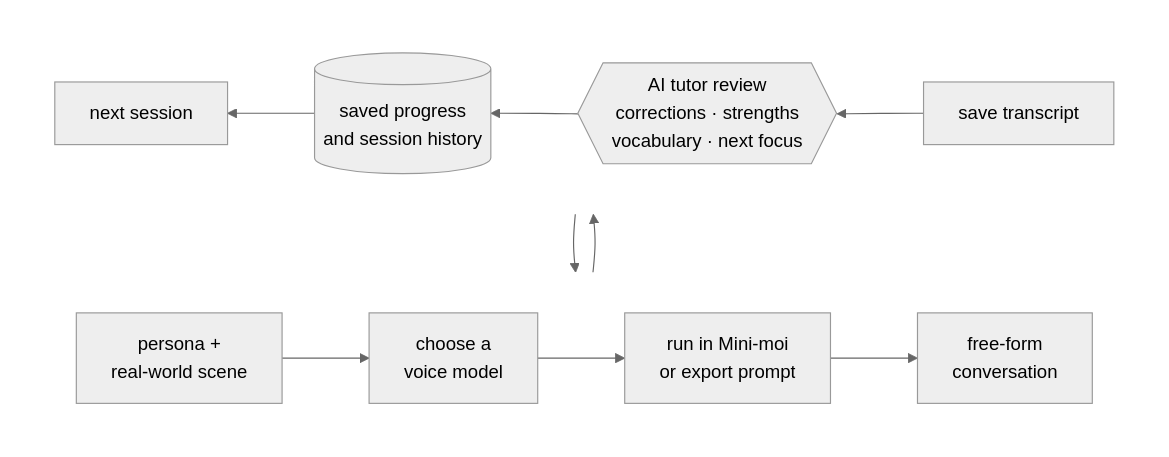
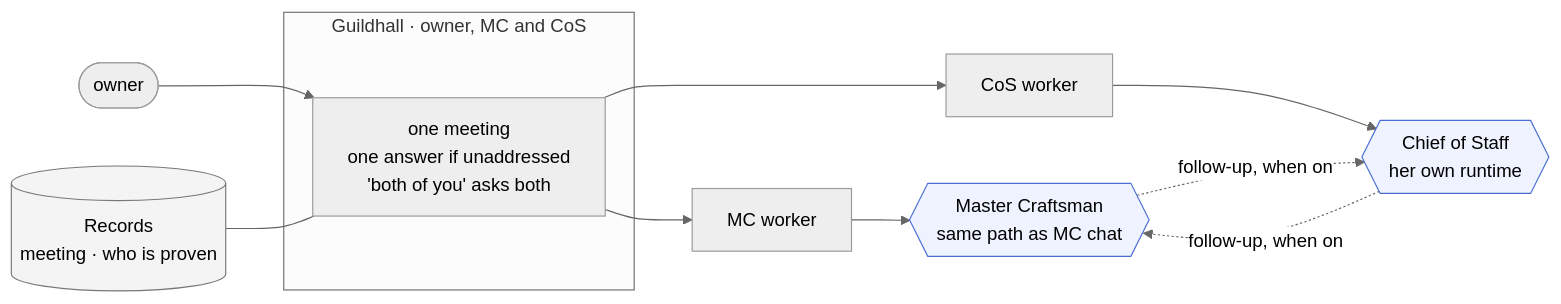
One commit to robertvanstedum/personal-ai-agents changed the eighth of 13 diagrams in ARCHITECTURE.md. Above: the diagram before and after it, drawn with Mermaid (neutral theme). The commit also changed other lines of this file and 9 other files, not shown here.

First line of the commit message:
Key docs for mini-moi 1.2 beta: README, ARCHITECTURE and a terms appendix

````diff
--- a/ARCHITECTURE.md
+++ b/ARCHITECTURE.md
@@ -418,22 +918,16 @@
 ```mermaid
-flowchart TB
-    subgraph TOP[" "]
-        direction LR
-        A[persona +<br/>real-world scene] --> B[choose a<br/>voice model]
-        B --> C[run in Mini-moi<br/>or export prompt]
-        C --> D[free-form<br/>conversation]
+flowchart LR
+    O([owner]) --> R
+    subgraph ROOM [Guildhall · owner, MC and CoS]
+        R[one meeting<br/>one answer if unaddressed<br/>'both of you' asks both]
     end
-
-    subgraph BOTTOM[" "]
-        direction RL
-        E[save transcript] --> F{{AI tutor review<br/>corrections · strengths<br/>vocabulary · next focus}}
-        F --> G[(saved progress<br/>and session history)]
-        G --> H[next session]
-    end
-
-    D --> E
-    H --> A
-
-    style TOP fill:transparent,stroke:transparent
-    style BOTTOM fill:transparent,stroke:transparent
+    REC[(Records<br/>meeting · who is proven)] --- R
+    R --> WM[MC worker] --> MC{{Master Craftsman<br/>same path as MC chat}}
+    R --> WC[CoS worker] --> CS{{Chief of Staff<br/>her own runtime}}
+    MC -.->|follow-up, when on| CS
+    CS -.->|follow-up, when on| MC
+    class MC,CS ai
+    class REC store
+    classDef ai fill:#eef3ff,stroke:#4a6fd1
+    classDef store fill:#f4f4f4,stroke:#777
 ```
````
